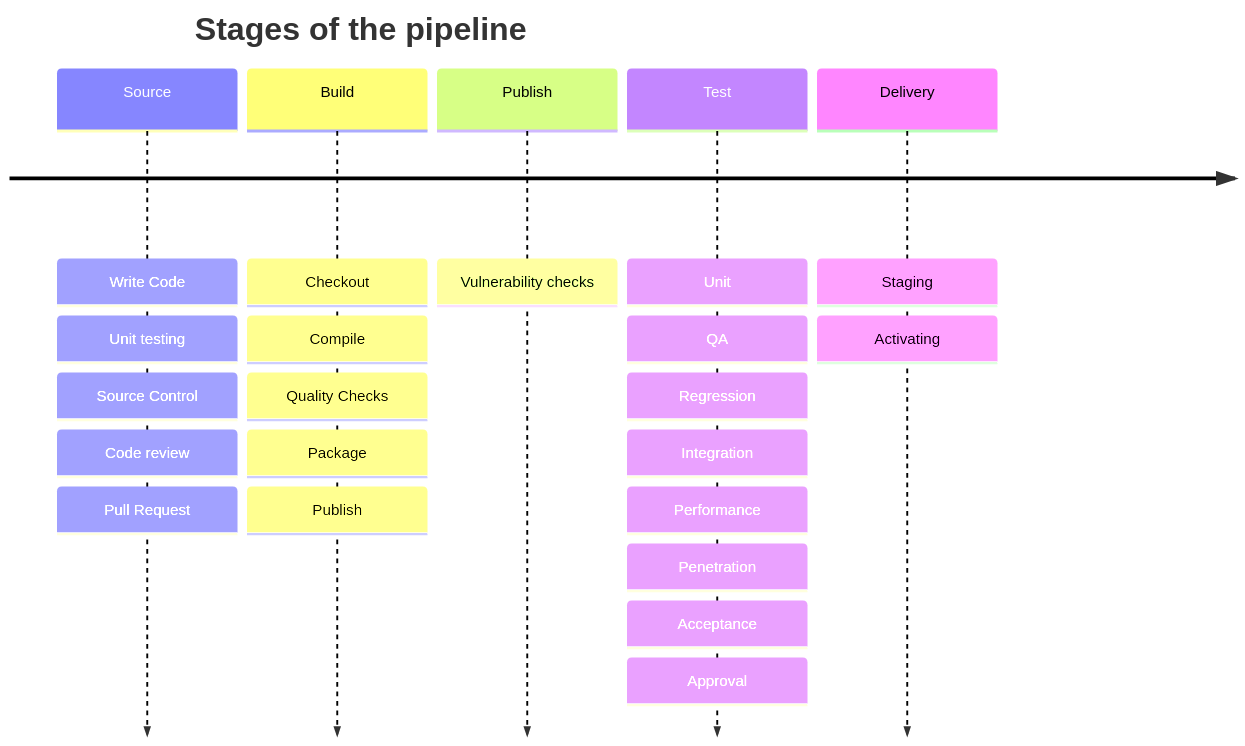
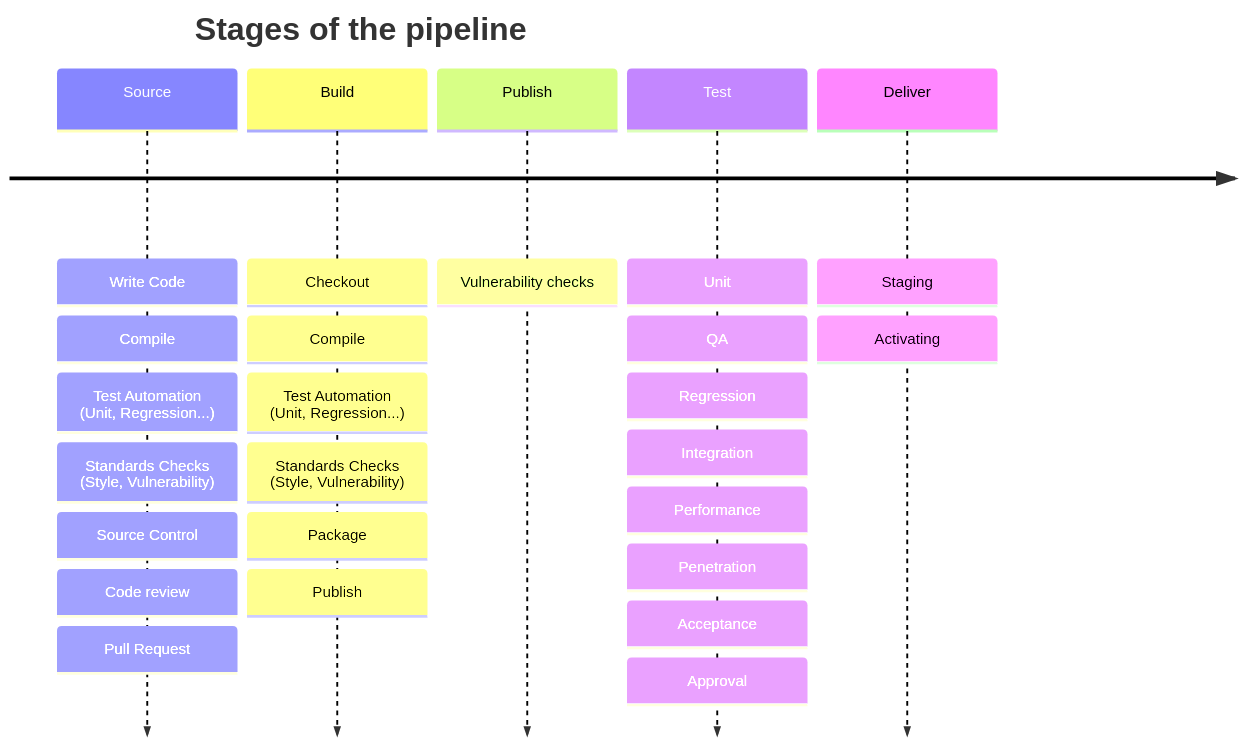
Before and after one commit to kphannan/airport-service: the first of 2 diagrams in pipeline/README.md, drawn with Mermaid.

Commit message:
docs: update pipeline readme

````diff
--- a/pipeline/README.md
+++ b/pipeline/README.md
@@ -8,25 +8,28 @@
 ```mermaid
 timeline
     title Stages of the pipeline
     Source : Write Code
-           : Unit testing
+           : Compile
+           : Test Automation (Unit, Regression...)
+           : Standards Checks (Style, Vulnerability)
            : Source Control
            : Code review
            : Pull Request
     Build : Checkout
           : Compile
-          : Quality Checks
+          : Test Automation (Unit, Regression...)
+          : Standards Checks (Style, Vulnerability)
           : Package
           : Publish
     Publish : Vulnerability checks
     Test : Unit
          : QA
          : Regression
          : Integration
          : Performance
          : Penetration
          : Acceptance
          : Approval
-    Delivery : Staging
-             : Activating
+    Deliver : Staging
+            : Activating
 ```
````
